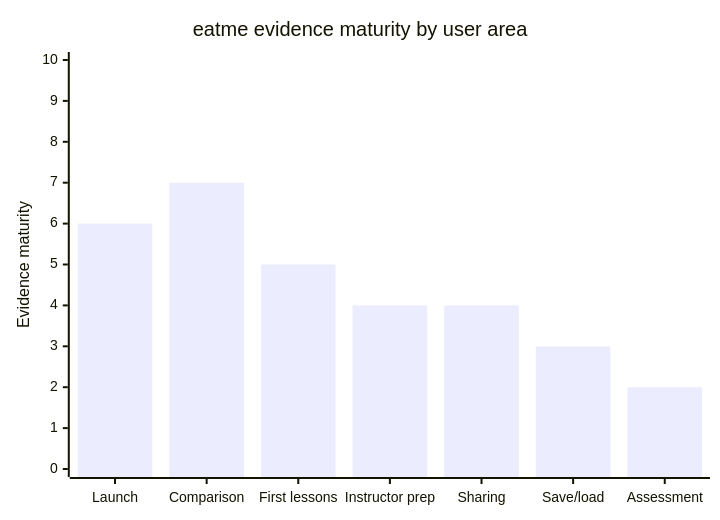
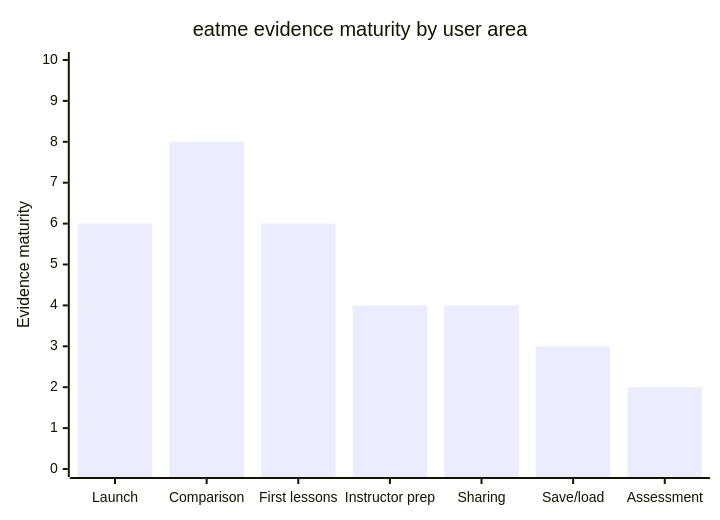
One commit to rysweet/drinkme changed the fourth of 6 diagrams in README.md. Above: the diagram before and after it, drawn with Mermaid. The commit also changed other lines of this file, not shown here.

````diff
--- a/README.md
+++ b/README.md
@@ -88,7 +88,7 @@
 ```mermaid
 xychart-beta
   title "eatme evidence maturity by user area"
   x-axis ["Launch", "Comparison", "First lessons", "Instructor prep", "Sharing", "Save/load", "Assessment"]
   y-axis "Evidence maturity" 0 --> 10
-  bar [6, 7, 5, 4, 4, 3, 2]
+  bar [6, 8, 6, 4, 4, 3, 2]
 ```
````
